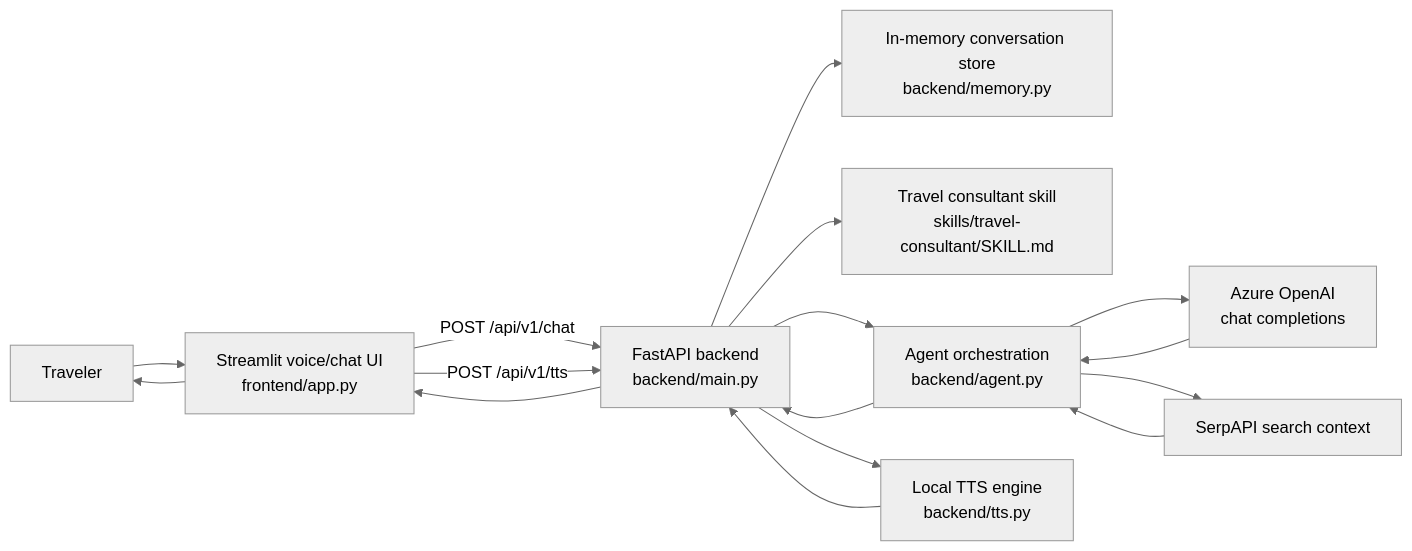
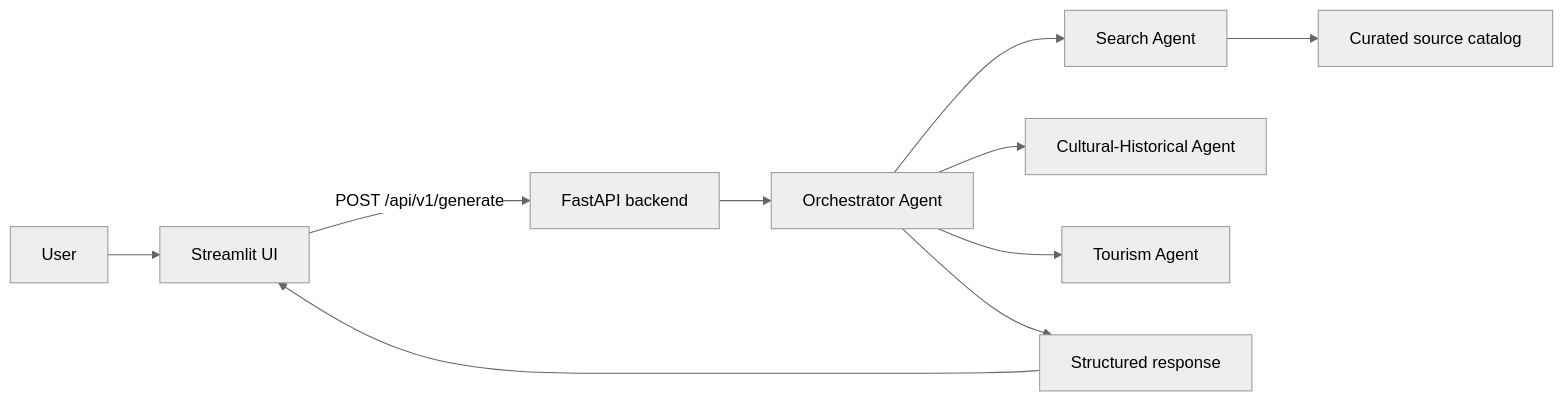
One commit to AlexFromNowherexx/travel-advisor changed the diagram in README.md. Above: the diagram before and after it, drawn with Mermaid (neutral theme). The commit also changed other lines of this file and 14 other files, not shown here.

````diff
--- a/README.md
+++ b/README.md
@@ -22,18 +21,12 @@
 ```mermaid
 flowchart LR
-    User[Traveler] --> UI[Streamlit voice/chat UI<br/>frontend/app.py]
-    UI -->|POST /api/v1/chat| API[FastAPI backend<br/>backend/main.py]
-    UI -->|POST /api/v1/tts| API
-    API --> Memory[In-memory conversation store<br/>backend/memory.py]
-    API --> Skill[Travel consultant skill<br/>skills/travel-consultant/SKILL.md]
-    API --> Agent[Agent orchestration<br/>backend/agent.py]
-    API --> TTS[Local TTS engine<br/>backend/tts.py]
-    Agent --> Provider[Azure OpenAI<br/>chat completions]
-    Agent --> SerpAPI[SerpAPI search context]
-    Provider --> Agent
-    SerpAPI --> Agent
-    Agent --> API
-    TTS --> API
-    API --> UI
-    UI --> User
+    User[User] --> UI[Streamlit UI]
+    UI -->|POST /api/v1/generate| API[FastAPI backend]
+    API --> Orchestrator[Orchestrator Agent]
+    Orchestrator --> Search[Search Agent]
+    Orchestrator --> Culture[Cultural-Historical Agent]
+    Orchestrator --> Tourism[Tourism Agent]
+    Search --> Sources[Curated source catalog]
+    Orchestrator --> Response[Structured response]
+    Response --> UI
 ```
````
